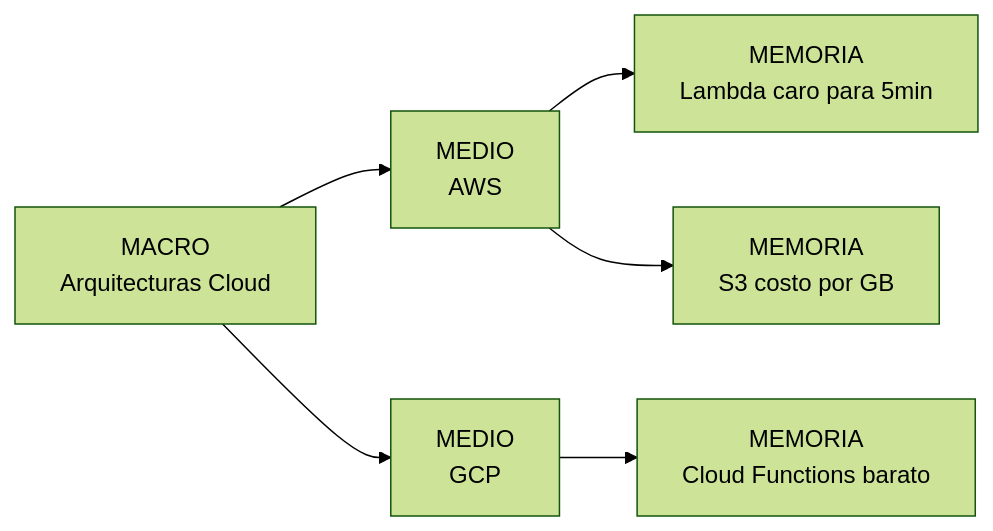
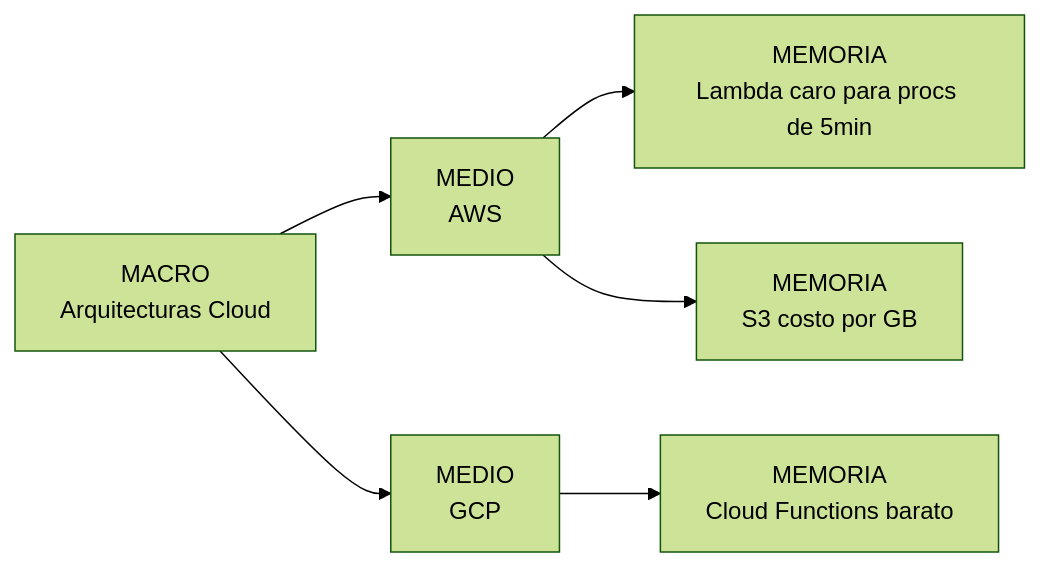
Before and after one commit to risaavedraf/NovaDB: the third of 3 diagrams in docs/architecture.md, drawn with Mermaid (forest theme). The commit also changed other lines of this file and 8 other files, not shown here.

````diff
--- a/docs/architecture.md
+++ b/docs/architecture.md
@@ -81,8 +81,8 @@
 ```mermaid
 graph LR
     M1[MACRO<br/>Arquitecturas Cloud] --> MED1[MEDIO<br/>AWS]
     M1 --> MED2[MEDIO<br/>GCP]
-    MED1 --> MEM1[MEMORIA<br/>Lambda caro para 5min]
+    MED1 --> MEM1[MEMORIA<br/>Lambda caro para procs de 5min]
     MED1 --> MEM2[MEMORIA<br/>S3 costo por GB]
     MED2 --> MEM3[MEMORIA<br/>Cloud Functions barato]
 ```
````
